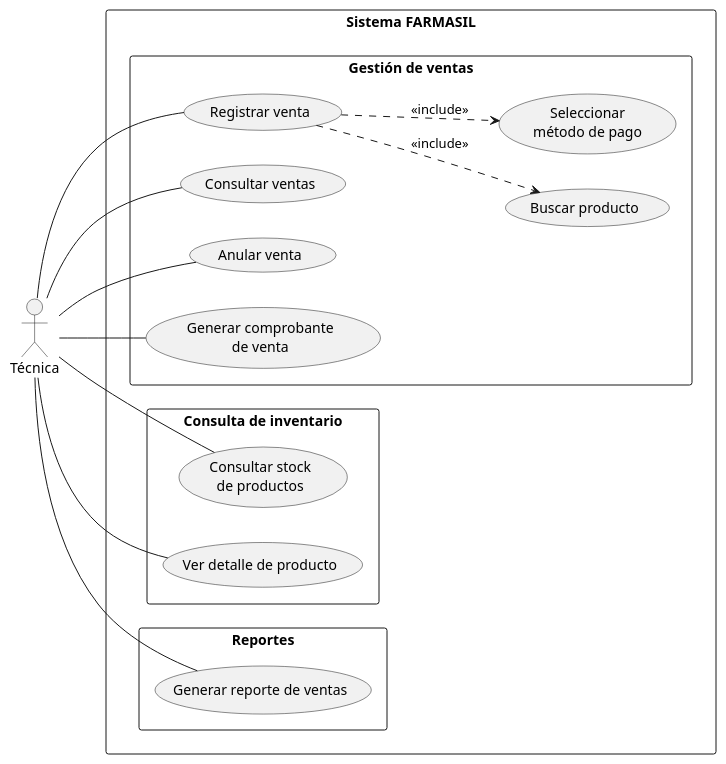
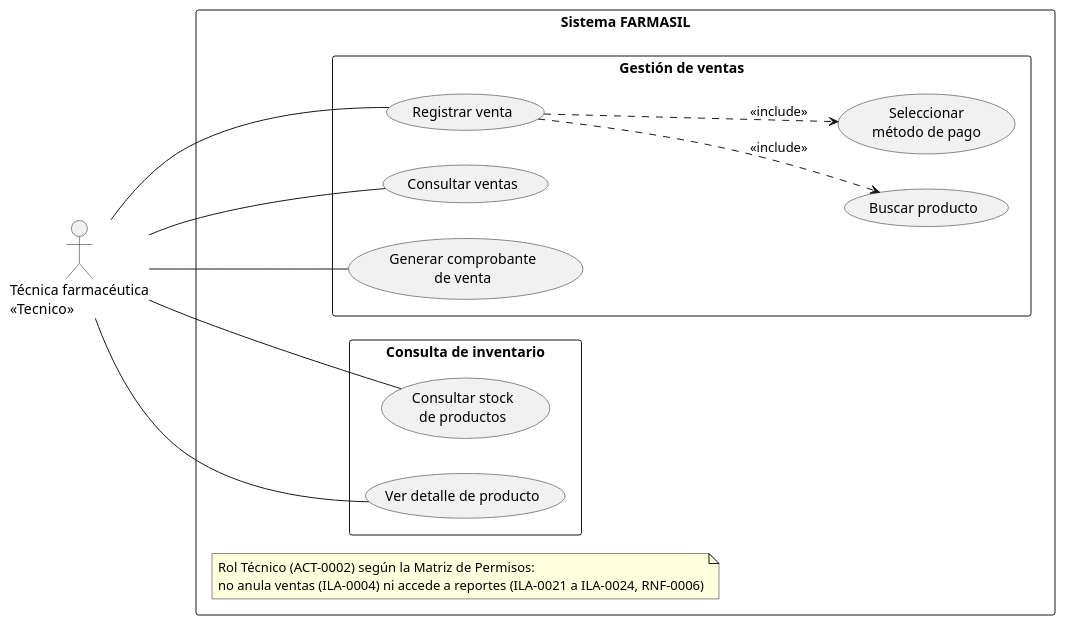
Before and after one commit to Luis-Ayben-Chahua-Charca/Farmasil_App: the diagram in docs/diagramas/plaintext-CasosUso/CU-02_Actor_Tecnica.puml, drawn with PlantUML. The commit also changed 37 other files, not shown here.

First line of the commit message:
docs(comportamiento): elaborar los diagramas de comportamiento y alinear la coherencia del catálogo (#58)

```diff
--- a/docs/diagramas/plaintext-CasosUso/CU-02_Actor_Tecnica.puml
+++ b/docs/diagramas/plaintext-CasosUso/CU-02_Actor_Tecnica.puml
@@ -1,41 +1,36 @@
 @startuml
 left to right direction
 
-actor "Técnica" as Tecnica
+actor "Técnica farmacéutica\n<<Tecnico>>" as Tecnica
 
 rectangle "Sistema FARMASIL" {
 
     rectangle "Gestión de ventas" {
         usecase "Registrar venta" as V1
         usecase "Consultar ventas" as V2
-        usecase "Anular venta" as V3
         usecase "Generar comprobante\nde venta" as V4
 
         usecase "Buscar producto" as V5
         usecase "Seleccionar\nmétodo de pago" as V6
 
         V1 ..> V5 : <<include>>
         V1 ..> V6 : <<include>>
     }
 
+    note "Rol Técnico (ACT-0002) según la Matriz de Permisos:\nno anula ventas (ILA-0004) ni accede a reportes (ILA-0021 a ILA-0024, RNF-0006)" as N1
+
     rectangle "Consulta de inventario" {
         usecase "Consultar stock\nde productos" as I1
         usecase "Ver detalle de producto" as I2
     }
 
-    rectangle "Reportes" {
-        usecase "Generar reporte de ventas" as R1
-    }
 }
 
 Tecnica -- V1
 Tecnica -- V2
-Tecnica -- V3
 Tecnica -- V4
 
 Tecnica -- I1
 Tecnica -- I2
 
-Tecnica -- R1
-
 @enduml
```
